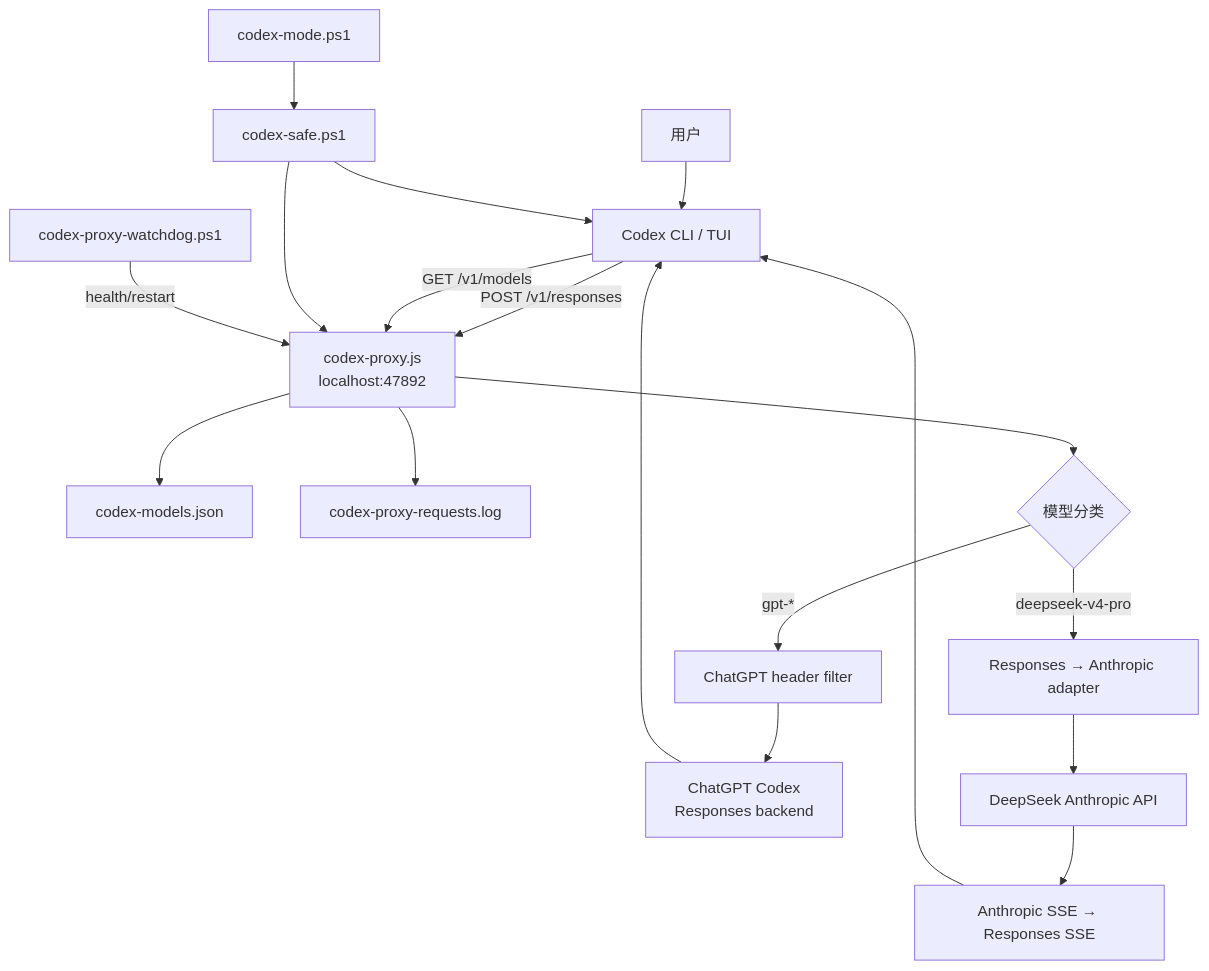
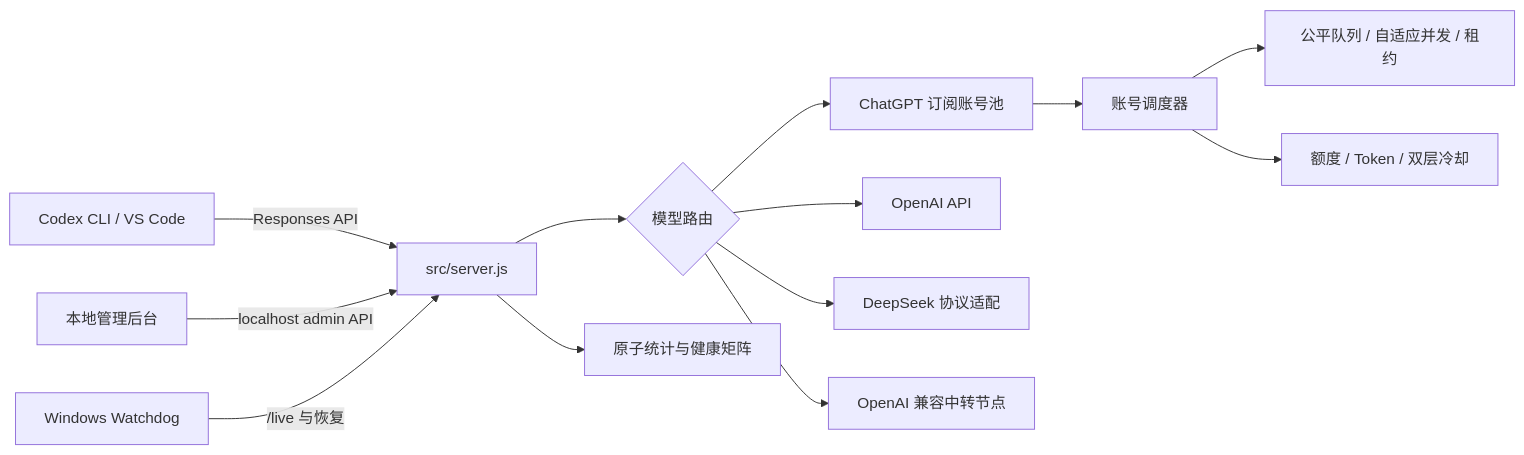
The first of 2 diagrams in ARCHITECTURE.md (OscarYi9527/codex_proxy), drawn with Mermaid before and after one commit. The commit also changed other lines of this file and 24 other files, not shown here.

````diff
--- a/ARCHITECTURE.md
+++ b/ARCHITECTURE.md
@@ -9,25 +7,15 @@
 ```mermaid
-flowchart TB
-    U[用户] --> T[Codex CLI / TUI]
-    T -->|POST /v1/responses| P[codex-proxy.js<br/>localhost:47892]
-    T -->|GET /v1/models| P
-
-    P --> C[codex-models.json]
-    P --> L[codex-proxy-requests.log]
-
-    P --> R{模型分类}
-    R -->|gpt-*| H[ChatGPT header filter]
-    H --> G[ChatGPT Codex<br/>Responses backend]
-
-    R -->|deepseek-v4-pro| A[Responses → Anthropic adapter]
-    A --> D[DeepSeek Anthropic API]
-    D --> S[Anthropic SSE → Responses SSE]
-
-    G --> T
-    S --> T
-
-    M[codex-mode.ps1] --> W[codex-safe.ps1]
-    W --> T
-    W --> P
-    WD[codex-proxy-watchdog.ps1] -->|health/restart| P
+flowchart LR
+    C[Codex CLI / VS Code] -->|Responses API| S[src/server.js]
+    A[本地管理后台] -->|localhost admin API| S
+    S --> R{模型路由}
+    R --> G[ChatGPT 订阅账号池]
+    R --> O[OpenAI API]
+    R --> D[DeepSeek 协议适配]
+    R --> X[OpenAI 兼容中转节点]
+    G --> Q[账号调度器]
+    Q --> L[公平队列 / 自适应并发 / 租约]
+    Q --> U[额度 / Token / 双层冷却]
+    S --> ST[原子统计与健康矩阵]
+    W[Windows Watchdog] -->|/live 与恢复| S
 ```
````
